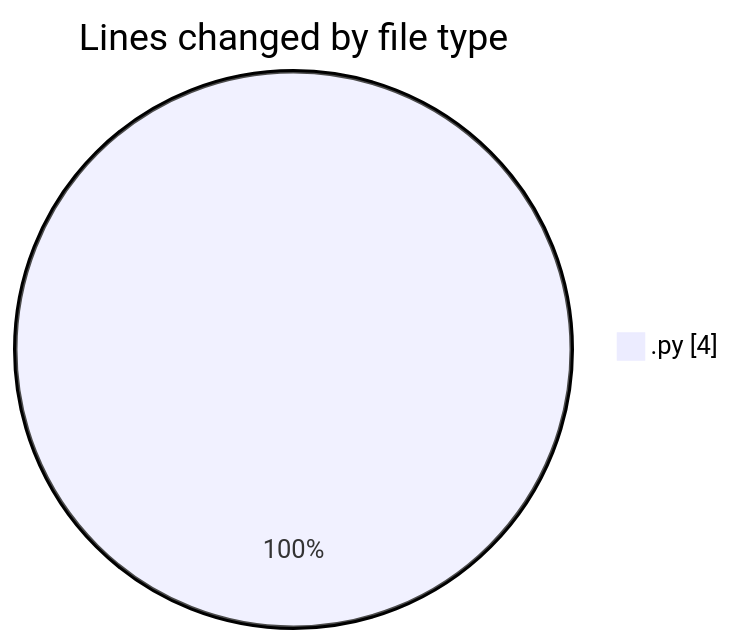
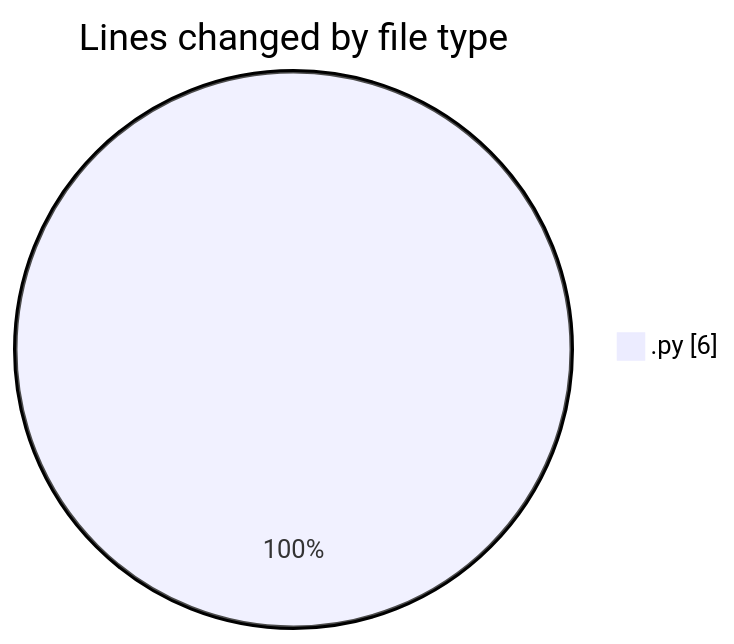
The first of 2 diagrams in 2025-02-27/myws__workspace_/README.md (MatusMokan/code-tracking), drawn with Mermaid before and after one commit. The commit also changed other lines of this file and 1 other file, not shown here.

````diff
--- a/2025-02-27/myws__workspace_/README.md
+++ b/2025-02-27/myws__workspace_/README.md
@@ -20,5 +20,5 @@
 ```mermaid
 pie showData
 title Lines changed by file type
-".py" : 4
+".py" : 6
 ```
````
